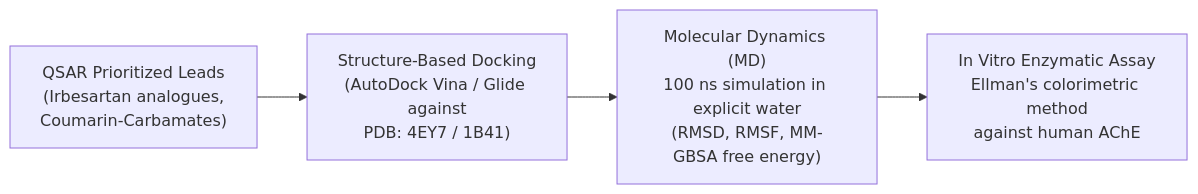
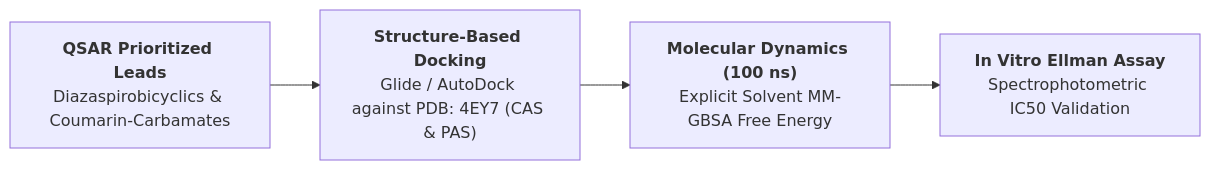
The second of 2 diagrams in README.md (Soash/ache-inhibitor-virtual-screening), drawn with Mermaid before and after one commit. The commit also changed other lines of this file, not shown here.

Commit message:
Adopt Structural Biology & Cheminformatics Template for AChE screening

````diff
--- a/README.md
+++ b/README.md
@@ -228,6 +228,4 @@
 ```mermaid
 flowchart LR
-    A["QSAR Prioritized Leads\n(Irbesartan analogues,\nCoumarin-Carbamates)"] --> B["Structure-Based Docking\n(AutoDock Vina / Glide against\nPDB: 4EY7 / 1B41)"]
-    B --> C["Molecular Dynamics (MD)\n100 ns simulation in explicit water\n(RMSD, RMSF, MM-GBSA free energy)"]
-    C --> D["In Vitro Enzymatic Assay\nEllman's colorimetric method\nagainst human AChE"]
+    A["<b>QSAR Prioritized Leads</b><br/>Diazaspirobicyclics & Coumarin-Carbamates"] --> B["<b>Structure-Based Docking</b><br/>Glide / AutoDock against PDB: 4EY7 (CAS & PAS)"] --> C["<b>Molecular Dynamics (100 ns)</b><br/>Explicit Solvent MM-GBSA Free Energy"] --> D["<b>In Vitro Ellman Assay</b><br/>Spectrophotometric IC50 Validation"]
 ```
````
